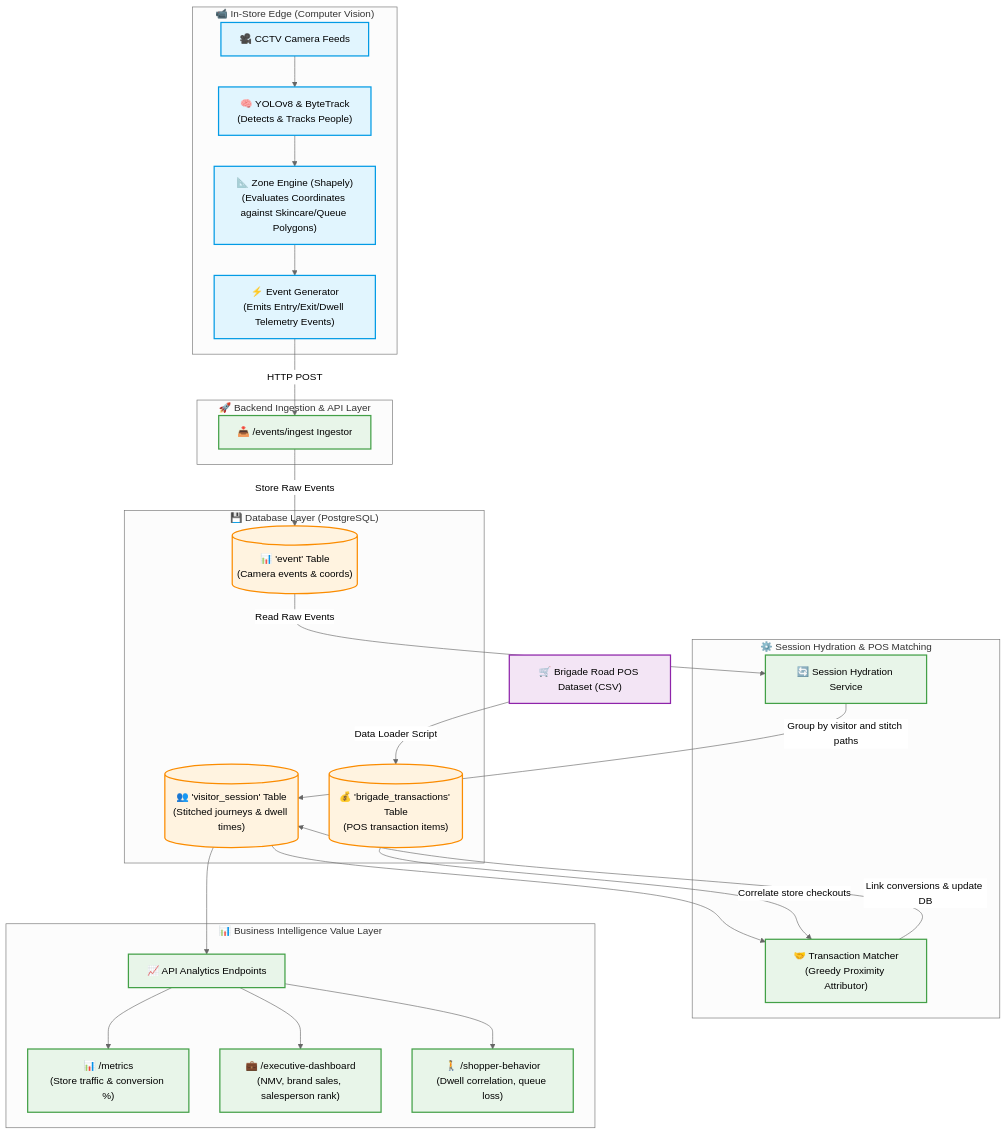
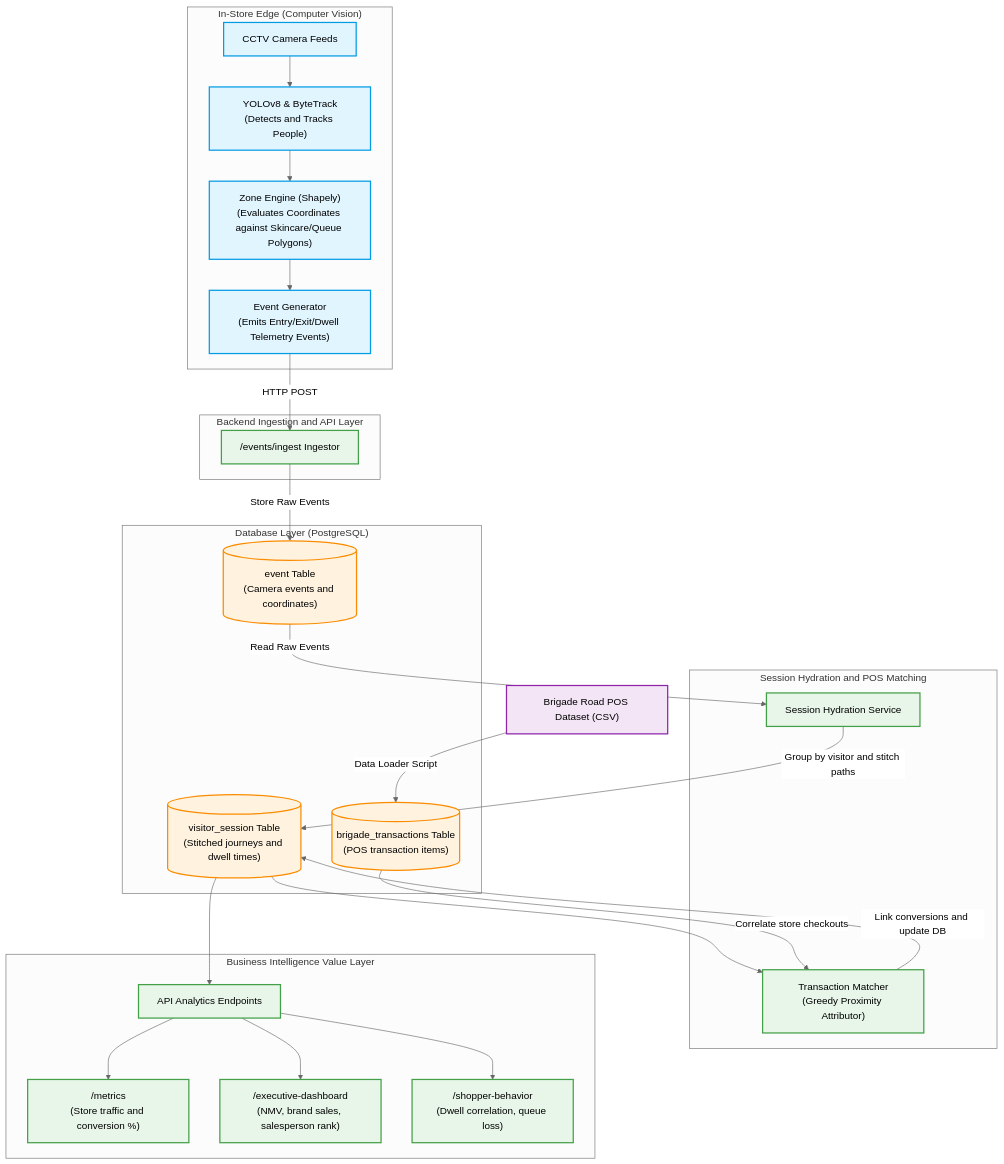
Before and after one commit to VaishnavSreekumar/RetailSight: the diagram in README.md, drawn with Mermaid (neutral theme).

Commit message:
Make README system architecture diagram professional and emoji-free

````diff
--- a/README.md
+++ b/README.md
@@ -15,50 +15,50 @@
 ```mermaid
 graph TD
     %% Styling
     classDef edgeStyle fill:#e1f5fe,stroke:#039be5,stroke-width:2px;
     classDef apiStyle fill:#e8f5e9,stroke:#43a047,stroke-width:2px;
     classDef dbStyle fill:#fff3e0,stroke:#fb8c00,stroke-width:2px;
     classDef outStyle fill:#f3e5f5,stroke:#8e24aa,stroke-width:2px;
 
-    subgraph Edge ["📹 In-Store Edge (Computer Vision)"]
-        A["🎥 CCTV Camera Feeds"] --> B["🧠 YOLOv8 & ByteTrack<br>(Detects & Tracks People)"]
-        B --> C["📐 Zone Engine (Shapely)<br>(Evaluates Coordinates against Skincare/Queue Polygons)"]
-        C --> D["⚡ Event Generator<br>(Emits Entry/Exit/Dwell Telemetry Events)"]
+    subgraph Edge ["In-Store Edge (Computer Vision)"]
+        A["CCTV Camera Feeds"] --> B["YOLOv8 & ByteTrack<br>(Detects and Tracks People)"]
+        B --> C["Zone Engine (Shapely)<br>(Evaluates Coordinates against Skincare/Queue Polygons)"]
+        C --> D["Event Generator<br>(Emits Entry/Exit/Dwell Telemetry Events)"]
     end
 
-    subgraph Ingestion ["🚀 Backend Ingestion & API Layer"]
-        D -->|HTTP POST| E["📥 /events/ingest Ingestor"]
+    subgraph Ingestion ["Backend Ingestion and API Layer"]
+        D -->|HTTP POST| E["/events/ingest Ingestor"]
     end
 
-    subgraph Database ["💾 Database Layer (PostgreSQL)"]
-        E -->|Store Raw Events| F[("📊 'event' Table<br>(Camera events & coords)")]
-        H[("💰 'brigade_transactions' Table<br>(POS transaction items)")]
-        G[("👥 'visitor_session' Table<br>(Stitched journeys & dwell times)")]
+    subgraph Database ["Database Layer (PostgreSQL)"]
+        E -->|Store Raw Events| F[("event Table<br>(Camera events and coordinates)")]
+        H[("brigade_transactions Table<br>(POS transaction items)")]
+        G[("visitor_session Table<br>(Stitched journeys and dwell times)")]
     end
 
-    subgraph Hydration ["⚙️ Session Hydration & POS Matching"]
-        I["🔄 Session Hydration Service"]
+    subgraph Hydration ["Session Hydration and POS Matching"]
+        I["Session Hydration Service"]
         F -->|Read Raw Events| I
         I -->|Group by visitor and stitch paths| G
         
-        J["🤝 Transaction Matcher<br>(Greedy Proximity Attributor)"]
+        J["Transaction Matcher<br>(Greedy Proximity Attributor)"]
         G --> J
         H -->|Correlate store checkouts| J
-        J -->|Link conversions & update DB| G
+        J -->|Link conversions and update DB| G
     end
 
-    subgraph Insights ["📊 Business Intelligence Value Layer"]
-        G --> K["📈 API Analytics Endpoints"]
-        K --> K1["📊 /metrics<br>(Store traffic & conversion %)"]
-        K --> K2["💼 /executive-dashboard<br>(NMV, brand sales, salesperson rank)"]
-        K --> K3["🚶 /shopper-behavior<br>(Dwell correlation, queue loss)"]
+    subgraph Insights ["Business Intelligence Value Layer"]
+        G --> K["API Analytics Endpoints"]
+        K --> K1["/metrics<br>(Store traffic and conversion %)"]
+        K --> K2["/executive-dashboard<br>(NMV, brand sales, salesperson rank)"]
+        K --> K3["/shopper-behavior<br>(Dwell correlation, queue loss)"]
     end
 
-    CSV["🛒 Brigade Road POS Dataset (CSV)"] -->|Data Loader Script| H
+    CSV["Brigade Road POS Dataset (CSV)"] -->|Data Loader Script| H
 
     %% Class Assignments
     class A,B,C,D edgeStyle;
     class E,I,J,K,K1,K2,K3 apiStyle;
     class F,G,H dbStyle;
     class CSV outStyle;
 ```
````
